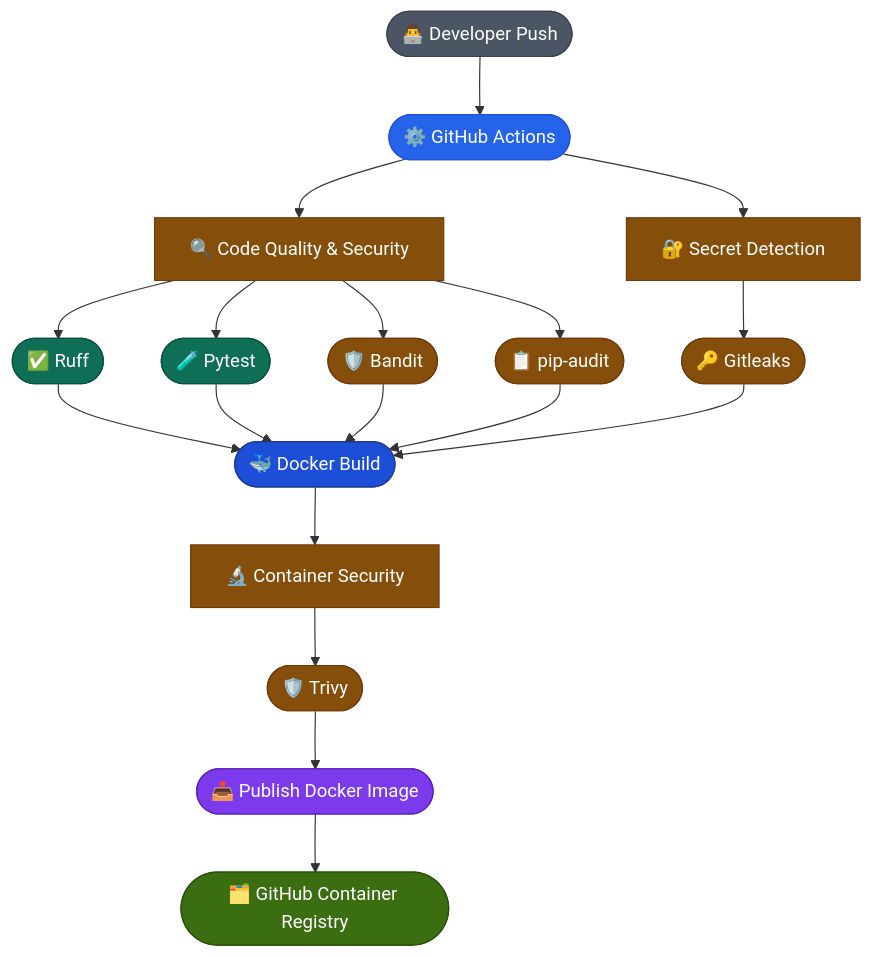
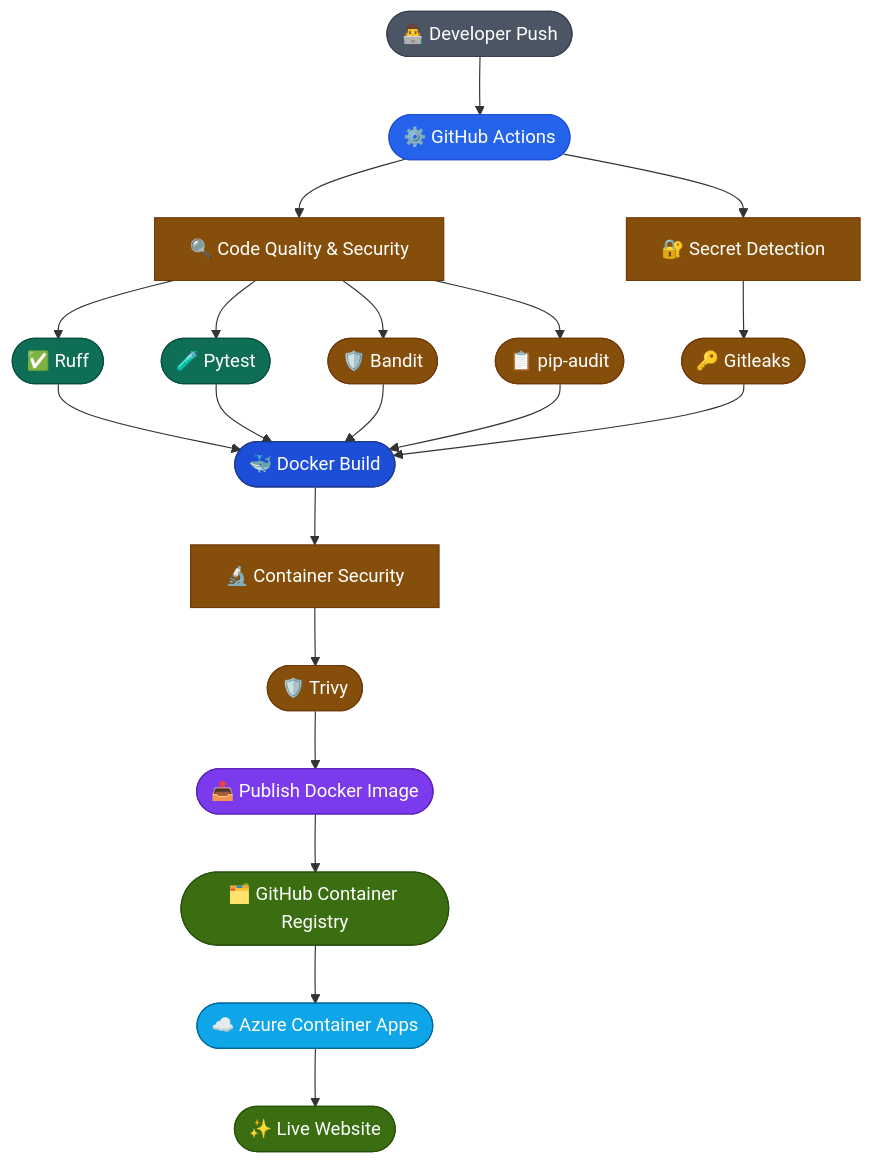
The fifth of 6 diagrams in README.md (eshansahad/secure-devsecops-pipeline), drawn with Mermaid before and after one commit. The commit also changed other lines of this file and 5 other files, not shown here.

Commit message:
Release v2.0.0 with Azure Container Apps CI/CD integration

````diff
--- a/README.md
+++ b/README.md
@@ -449,40 +534,35 @@
 ```mermaid
 flowchart TD
-
     A([👨‍💻 Developer Push]) --> B([⚙️ GitHub Actions])
-
     B --> C[🔍 Code Quality & Security]
     B --> D[🔐 Secret Detection]
-
     C --> C1([✅ Ruff])
     C --> C2([🧪 Pytest])
     C --> C3([🛡️ Bandit])
     C --> C4([📋 pip-audit])
-
     D --> D1([🔑 Gitleaks])
-
     C1 & C2 & C3 & C4 & D1 --> E([🐳 Docker Build])
-
     E --> F[🔬 Container Security]
     F --> F1([🛡️ Trivy])
     F1 --> G([📤 Publish Docker Image])
     G --> H([🗂️ GitHub Container Registry])
+    H --> I([☁️ Azure Container Apps])
+    I --> J([✨ Live Website])
 
     style A fill:#4B5563,color:#fff,stroke:#374151
     style B fill:#2563EB,color:#fff,stroke:#1D4ED8
-
     style C fill:#854F0B,color:#fff,stroke:#713808
     style C1 fill:#0F6E56,color:#fff,stroke:#085041
     style C2 fill:#0F6E56,color:#fff,stroke:#085041
     style C3 fill:#854F0B,color:#fff,stroke:#713808
     style C4 fill:#854F0B,color:#fff,stroke:#713808
-
     style D fill:#854F0B,color:#fff,stroke:#713808
     style D1 fill:#854F0B,color:#fff,stroke:#713808
-
     style E fill:#1D4ED8,color:#fff,stroke:#1E3A8A
     style F fill:#854F0B,color:#fff,stroke:#713808
     style F1 fill:#854F0B,color:#fff,stroke:#713808
     style G fill:#7C3AED,color:#fff,stroke:#5B21B6
     style H fill:#3B6D11,color:#fff,stroke:#27500A
+    style I fill:#0EA5E9,color:#fff,stroke:#0369A1
+    style J fill:#3B6D11,color:#fff,stroke:#27500A
 ```
````
